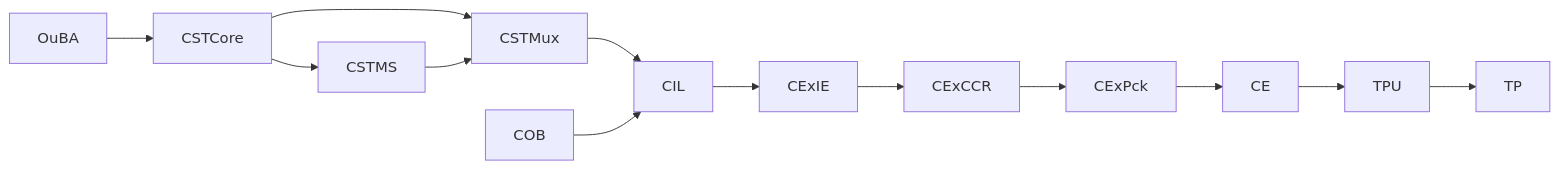
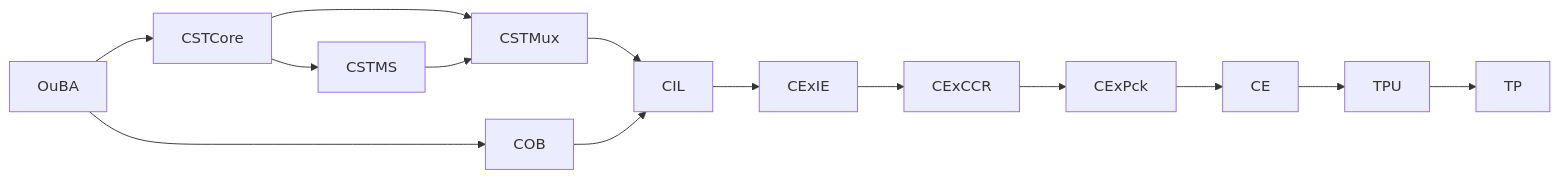
The first of 3 diagrams in thought_simulator/requirements_20/system_playground/primitives/tpu/tp_description.md (CuriousOne23/WhenMathPrays), drawn with Mermaid before and after one commit.

Commit message:
Add OuBA to COB relationship in tp_description.md
Added a new relationship from OuBA to COB in the description.

````diff
--- a/thought_simulator/requirements_20/system_playground/primitives/tpu/tp_description.md
+++ b/thought_simulator/requirements_20/system_playground/primitives/tpu/tp_description.md
@@ -40,15 +40,16 @@
 ```mermaid
 flowchart LR
     OuBA --> CSTCore
     CSTCore --> CSTMS
     CSTCore --> CSTMux
     CSTMS --> CSTMux
     CSTMux --> CIL
+    OuBA --> COB
     COB --> CIL
     CIL --> CExIE
     CExIE --> CExCCR
     CExCCR --> CExPck
     CExPck --> CE
     CE --> TPU
     TPU --> TP
 ```
````
